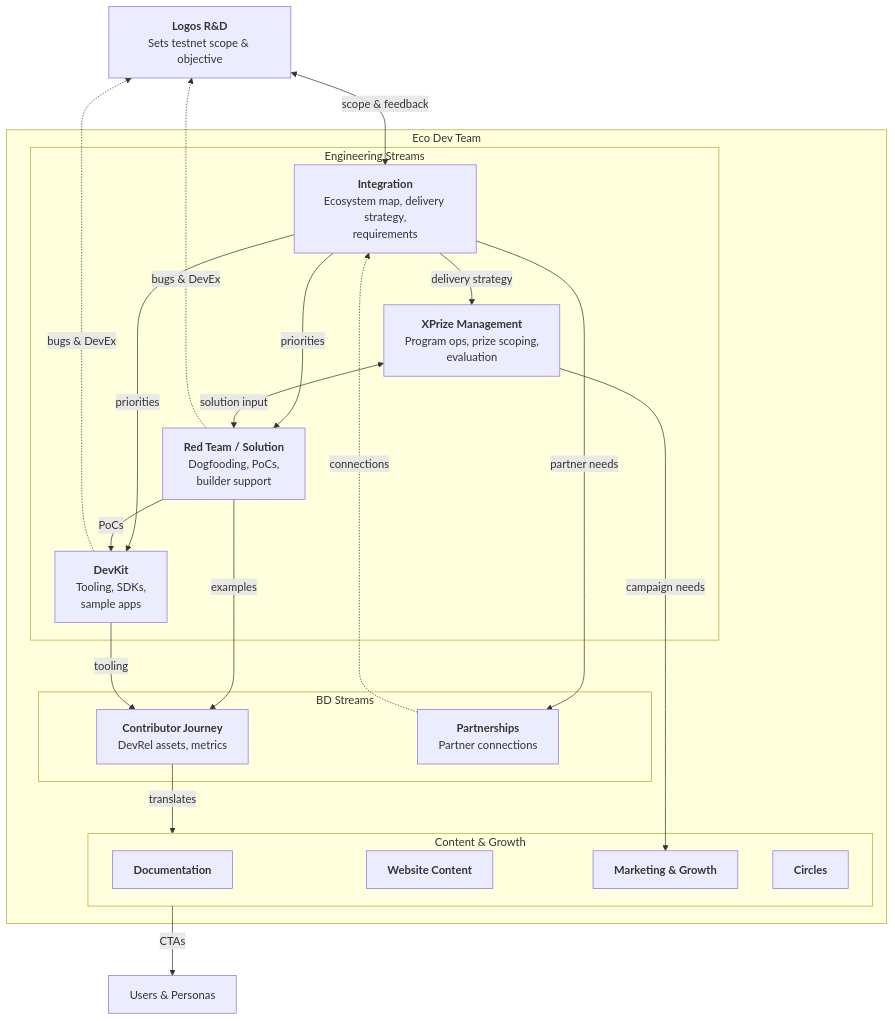
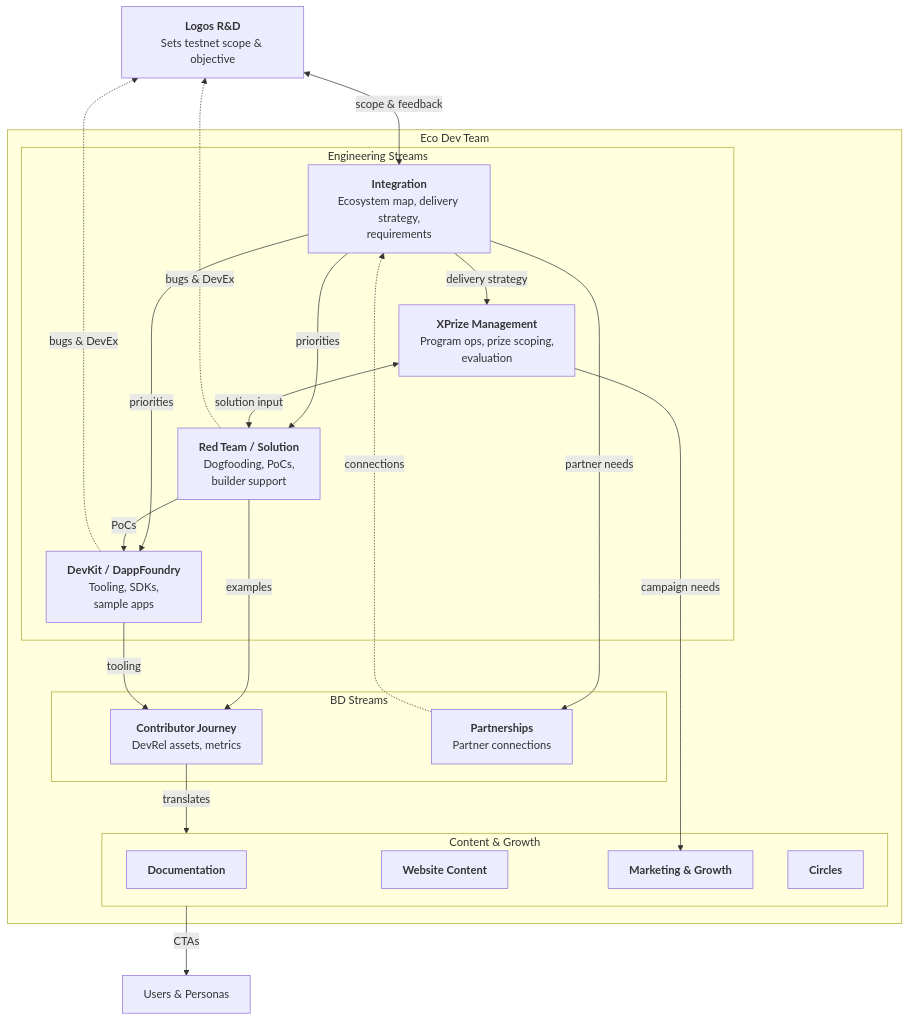
Before and after one commit to logos-co/ecosystem: the second of 2 diagrams in content/integration/index.md, drawn with Mermaid. The commit also changed other lines of this file, not shown here.

````diff
--- a/content/integration/index.md
+++ b/content/integration/index.md
@@ -181,38 +181,38 @@
 ```mermaid
 flowchart TB
     RD["<b>Logos R&D</b><br/>Sets testnet scope & objective"]
         subgraph ecodev["Eco Dev Team"]
         subgraph eng["Engineering Streams"]
             INT["<b>Integration</b><br/>Ecosystem map, delivery strategy,<br/>requirements"]
             XP["<b>XPrize Management</b><br/>Program ops, prize scoping,<br/>evaluation"]
             RT["<b>Red Team / Solution</b><br/>Dogfooding, PoCs,<br/>builder support"]
-            DK["<b>DevKit</b><br/>Tooling, SDKs,<br/>sample apps"]
+            DK["<b>DevKit / DappFoundry</b><br/>Tooling, SDKs,<br/>sample apps"]
         end
         subgraph bd["BD Streams"]
             CJ["<b>Contributor Journey</b><br/>DevRel assets, metrics"]
             BDP["<b>Partnerships</b><br/>Partner connections"]
         end
         subgraph content["Content & Growth"]
             DOC["<b>Documentation</b>"]
             WEB["<b>Website Content</b>"]
             MG["<b>Marketing & Growth</b>"]
             CI["<b>Circles</b>"]
         end
     end
     
     RD <-->|"scope & feedback"| INT
     INT -->|"delivery strategy"| XP
     INT -->|"priorities"| RT
     INT -->|"priorities"| DK
     INT -->|"partner needs"| BDP
     XP <-->|"solution input"| RT
     XP -->|"campaign needs"| MG
     RT -->|"PoCs"| DK
     RT -->|"examples"| CJ
     DK -->|"tooling"| CJ
     CJ -->|"translates"| content
     BDP -.->|"connections"| INT
     RT -.->|"bugs & DevEx"| RD
     DK -.->|"bugs & DevEx"| RD
     content -->|"CTAs"| USERS["Users & Personas"]
 ```
````
